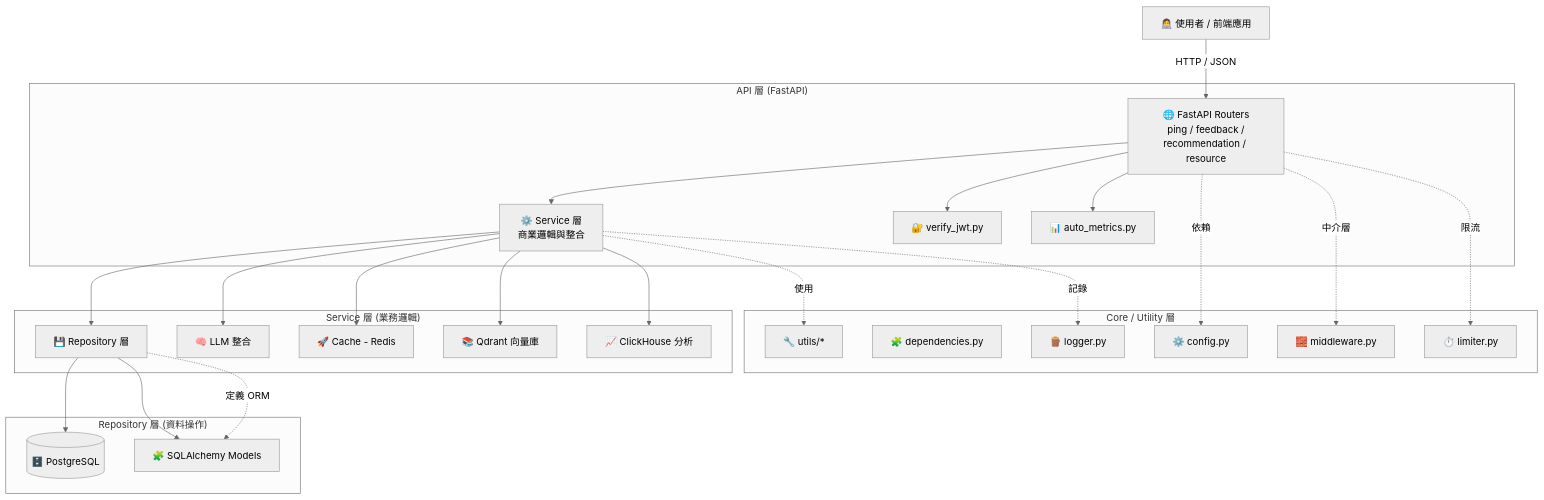
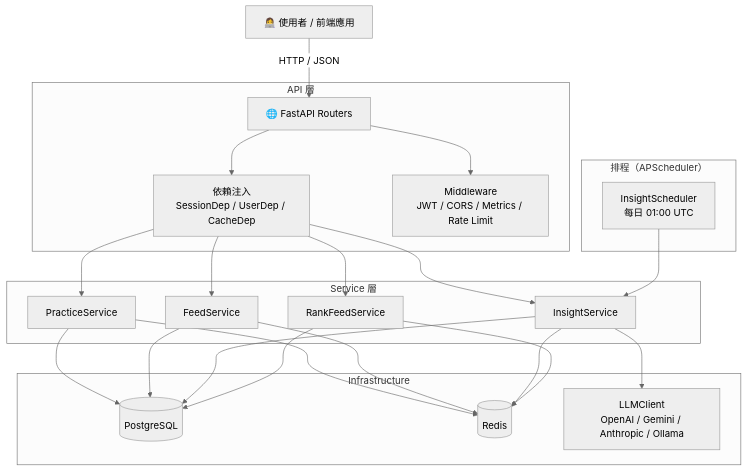
The diagram in docs/arch.md (daodaoedu/daodao-ai-backend), drawn with Mermaid (neutral theme) before and after one commit. The commit also changed other lines of this file and 3 other files, not shown here.

````diff
--- a/docs/arch.md
+++ b/docs/arch.md
@@ -113,57 +125,26 @@
 ```mermaid
 flowchart TD
-    %% =====================
-    %% 使用者層
-    %% =====================
-    U[👩‍💻 使用者 / 前端應用] -->|HTTP / JSON| A[🌐 FastAPI Routers<br> ping / feedback / recommendation / resource]
+    U[👩‍💻 使用者 / 前端應用] -->|HTTP / JSON| A[🌐 FastAPI Routers]
 
-    %% =====================
-    %% API 層
-    %% =====================
-    subgraph API層["API 層 (FastAPI)"]
-        A --> S[⚙️ Service 層<br>商業邏輯與整合]
-        A --> M1[🔐 verify_jwt.py]
-        A --> M2[📊 auto_metrics.py]
+    subgraph API層["API 層"]
+        A --> DEP[依賴注入<br>SessionDep / UserDep / CacheDep]
+        A --> MID[Middleware<br>JWT / CORS / Metrics / Rate Limit]
     end
 
-    %% =====================
-    %% Service 層
-    %% =====================
-    subgraph Service層["Service 層 (業務邏輯)"]
-        S --> R[💾 Repository 層]
-        S --> LLM[🧠 LLM 整合 ]
-        S --> Cache[🚀 Cache - Redis]
-        S --> VecDB[📚 Qdrant 向量庫]
-        S --> CH[📈 ClickHouse 分析]
+    subgraph Service層["Service 層"]
+        DEP --> PS[PracticeService]
+        DEP --> FS[FeedService]
+        DEP --> IS[InsightService]
+        DEP --> RS[RankFeedService]
     end
 
-    %% =====================
-    %% Repository 層
-    %% =====================
-    subgraph Repository層["Repository 層 (資料操作)"]
-        R --> DB[(🗄️ PostgreSQL)]
-        R --> Model[🧩 SQLAlchemy Models]
+    subgraph Infra["Infrastructure"]
+        PS & FS & IS & RS --> DB[(PostgreSQL)]
+        PS & FS & IS & RS --> Cache[(Redis)]
+        IS --> LLM[LLMClient<br>OpenAI / Gemini / Anthropic / Ollama]
     end
 
-    %% =====================
-    %% 其他基礎層
-    %% =====================
-    subgraph 基礎層["Core / Utility 層"]
-        CFG[⚙️ config.py]
-        DEP[🧩 dependencies.py]
-        LOG[🪵 logger.py]
-        MID[🧱 middleware.py]
-        LIM[⏱️ limiter.py]
-        UTL[🔧 utils/*]
+    subgraph Scheduler["排程（APScheduler）"]
+        SCH[InsightScheduler<br>每日 01:00 UTC] --> IS
     end
-
-    %% 關聯線
-    A -.->|依賴| CFG
-    S -.->|使用| UTL
-    R -.->|定義 ORM| Model
-    S -.->|記錄| LOG
-    A -.->|中介層| MID
-    A -.->|限流| LIM
-
-
 ```
````
